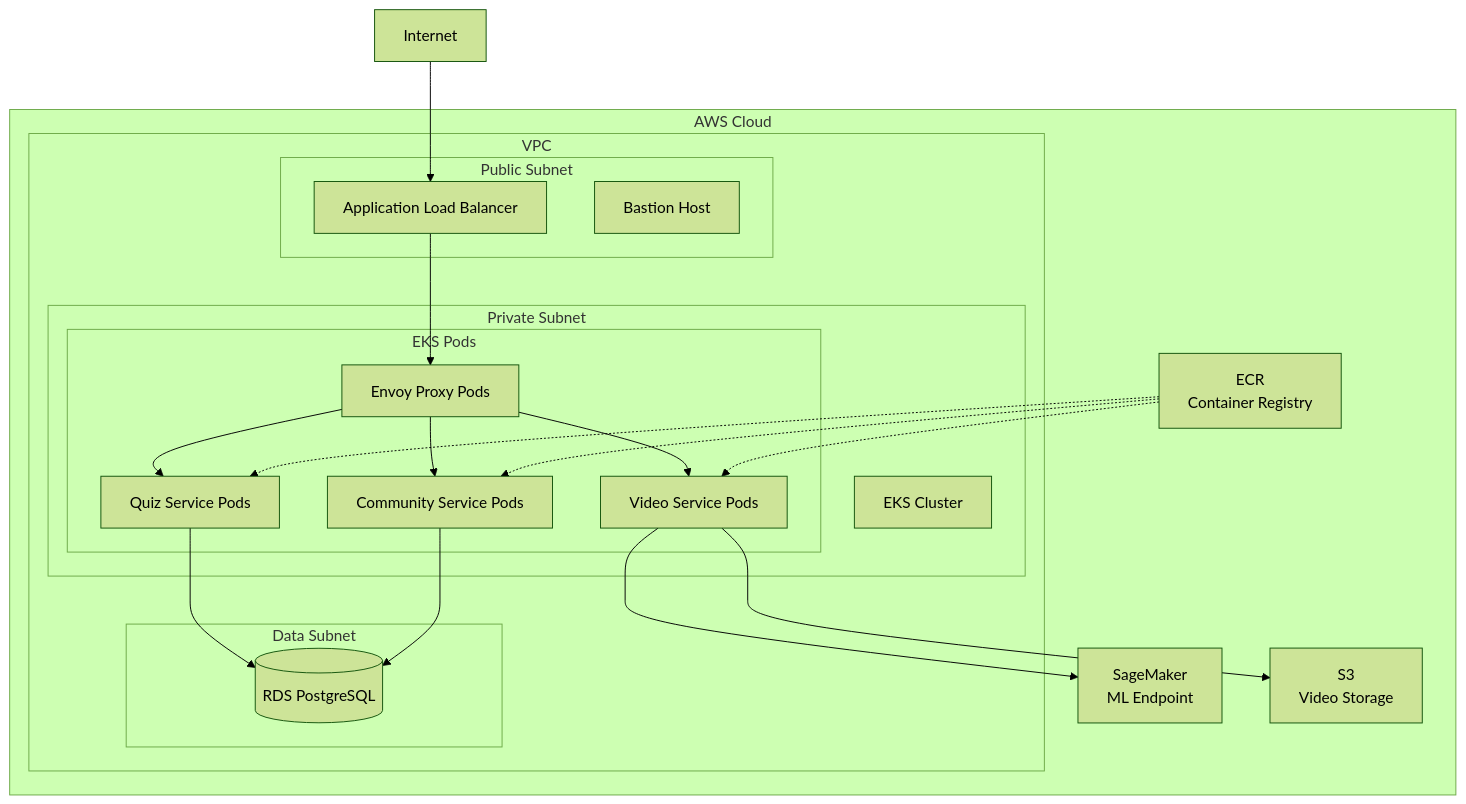
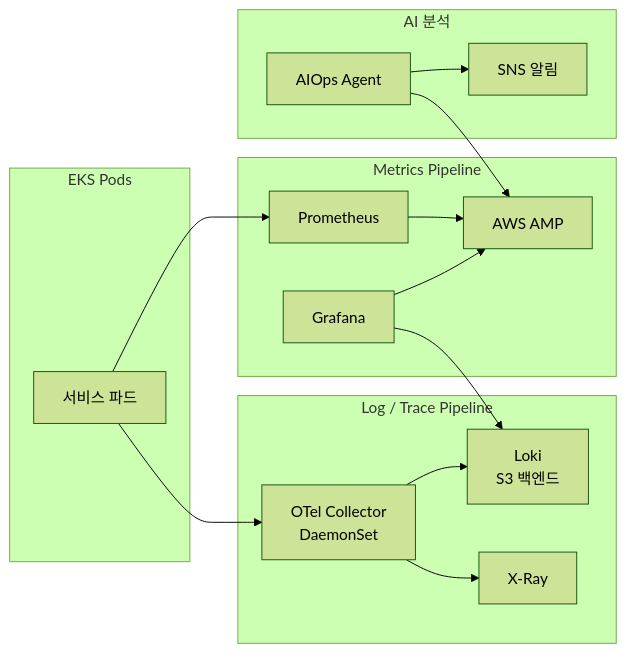
The fourth of 4 diagrams in ARCHITECTURE.md (vanillaturtlechips/pawfiler4), drawn with Mermaid (forest theme) before and after one commit. The commit also changed other lines of this file and 1 other file, not shown here.

Commit message:
docs: ARCHITECTURE.md 전면 업데이트, 인프라_아키텍처_3.23 정오표 추가

````diff
--- a/ARCHITECTURE.md
+++ b/ARCHITECTURE.md
@@ -296,44 +233,25 @@
 ```mermaid
-graph TB
-    subgraph "AWS Cloud"
-        subgraph "VPC"
-            subgraph "Public Subnet"
-                ALB[Application Load Balancer]
-                Bastion[Bastion Host]
-            end
-            
-            subgraph "Private Subnet"
-                EKS[EKS Cluster]
-                subgraph "EKS Pods"
-                    QuizPod[Quiz Service Pods]
-                    CommunityPod[Community Service Pods]
-                    VideoPod[Video Service Pods]
-                    EnvoyPod[Envoy Proxy Pods]
-                end
-            end
-            
-            subgraph "Data Subnet"
-                RDS[(RDS PostgreSQL)]
-            end
-        end
-        
-        ECR[ECR<br/>Container Registry]
-        SageMaker[SageMaker<br/>ML Endpoint]
-        S3[S3<br/>Video Storage]
+graph LR
+    subgraph "EKS Pods"
+        App[서비스 파드]
     end
-    
-    Internet[Internet] --> ALB
-    ALB --> EnvoyPod
-    EnvoyPod --> QuizPod
-    EnvoyPod --> CommunityPod
-    EnvoyPod --> VideoPod
-    
-    QuizPod --> RDS
-    CommunityPod --> RDS
-    VideoPod --> SageMaker
-    VideoPod --> S3
-    
-    ECR -.-> QuizPod
-    ECR -.-> CommunityPod
-    ECR -.-> VideoPod
+
+    subgraph "Log / Trace Pipeline"
+        OTel[OTel Collector<br/>DaemonSet] --> Loki[Loki<br/>S3 백엔드]
+        OTel --> XRay[X-Ray]
+    end
+
+    subgraph "Metrics Pipeline"
+        Prometheus[Prometheus] --> AMP[AWS AMP]
+        Grafana[Grafana] --> AMP
+        Grafana --> Loki
+    end
+
+    subgraph "AI 분석"
+        AIOps[AIOps Agent] --> AMP
+        AIOps --> SNS[SNS 알림]
+    end
+
+    App --> OTel
+    App --> Prometheus
 ```
````
